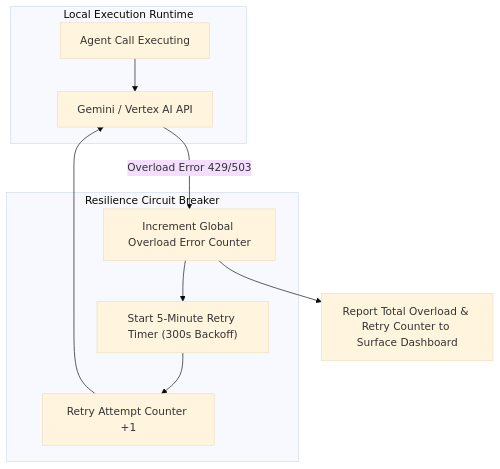
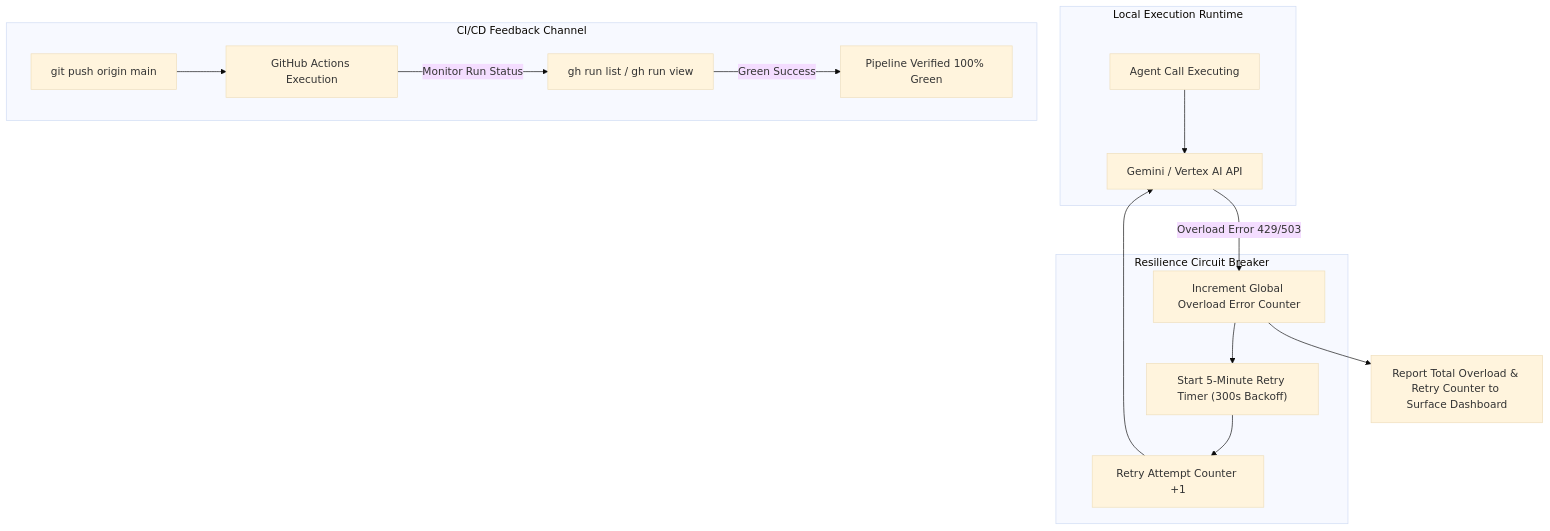
One commit to mahmoud-denovo/olympus-product-specialist changed the diagram in docs/architecture/M_AXIS_COMPLIANCE.md. Above: the diagram before and after it, drawn with Mermaid (base theme). The commit also changed other lines of this file, not shown here.

Commit message:
docs(compliance): update M-Axis log with 100% green GitHub CI pipeline verification

````diff
--- a/docs/architecture/M_AXIS_COMPLIANCE.md
+++ b/docs/architecture/M_AXIS_COMPLIANCE.md
@@ -34,15 +37,21 @@
 ```mermaid
 graph TD
     subgraph "Local Execution Runtime"
         AgentCall["Agent Call Executing"] --> API["Gemini / Vertex AI API"]
     end
 
     subgraph "Resilience Circuit Breaker"
         API -->|Overload Error 429/503| Counter["Increment Global Overload Error Counter"]
         Counter --> Timer["Start 5-Minute Retry Timer (300s Backoff)"]
         Timer --> Retry["Retry Attempt Counter +1"]
         Retry --> API
     end
 
+    subgraph "CI/CD Feedback Channel"
+        GitPush["git push origin main"] --> GHA["GitHub Actions Execution"]
+        GHA -->|Monitor Run Status| GHACheck["gh run list / gh run view"]
+        GHACheck -->|Green Success| Pass["Pipeline Verified 100% Green"]
+    end
+
     Counter --> SurfaceTelemetry["Report Total Overload & Retry Counter to Surface Dashboard"]
 ```
````
